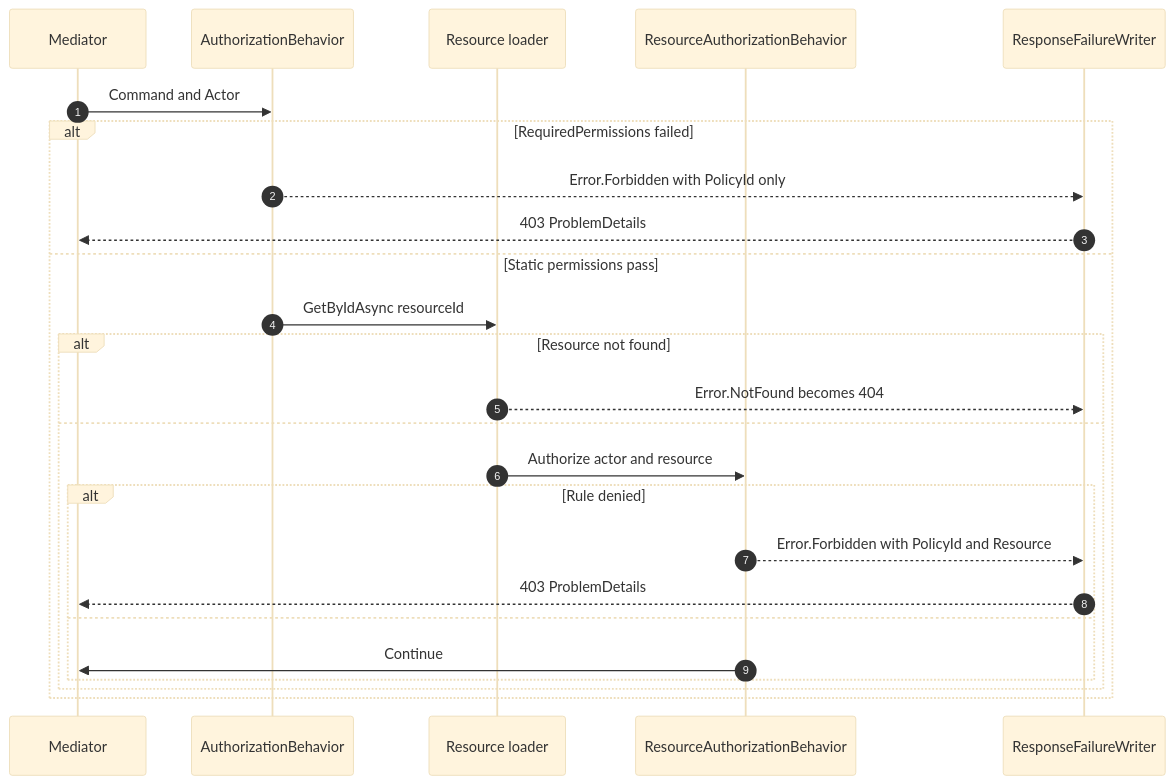
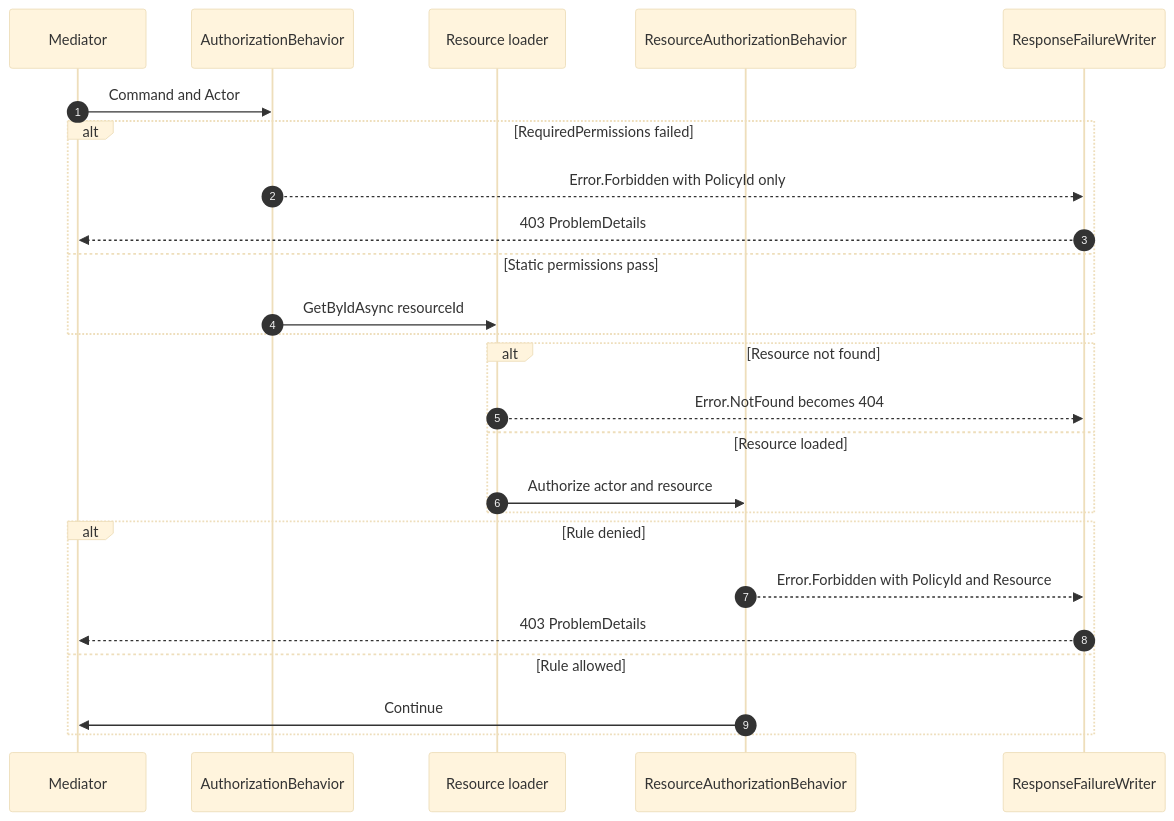
The fourth of 7 diagrams in docs/docfx_project/articles/integration-asp-authorization.md (xavierjohn/FunctionalDDD), drawn with Mermaid (base theme) before and after one commit.

Commit message:
Flatten Anatomy-of-403 nested alt blocks to 2 levels (consistency with end-to-end)
Code review caught the 3-level nested alt I missed in the end-to-end flatten pass. publish-docs is currently green so docfx renders it OK, but matching the end-to-end's linear shape is clearer to read and more robust across Mermaid renderer versions.

````diff
--- a/docs/docfx_project/articles/integration-asp-authorization.md
+++ b/docs/docfx_project/articles/integration-asp-authorization.md
@@ -127,28 +127,31 @@
 ```mermaid
 sequenceDiagram
     autonumber
     participant Mediator
     participant Auth as AuthorizationBehavior
     participant Loader as Resource loader
     participant ResAuth as ResourceAuthorizationBehavior
     participant Writer as ResponseFailureWriter
 
     Mediator->>Auth: Command and Actor
+
     alt RequiredPermissions failed
         Auth-->>Writer: Error.Forbidden with PolicyId only
         Writer-->>Mediator: 403 ProblemDetails
     else Static permissions pass
         Auth->>Loader: GetByIdAsync resourceId
-        alt Resource not found
-            Loader-->>Writer: Error.NotFound becomes 404
-        else
-            Loader->>ResAuth: Authorize actor and resource
-            alt Rule denied
-                ResAuth-->>Writer: Error.Forbidden with PolicyId and Resource
-                Writer-->>Mediator: 403 ProblemDetails
-            else
-                ResAuth->>Mediator: Continue
-            end
-        end
+    end
+
+    alt Resource not found
+        Loader-->>Writer: Error.NotFound becomes 404
+    else Resource loaded
+        Loader->>ResAuth: Authorize actor and resource
+    end
+
+    alt Rule denied
+        ResAuth-->>Writer: Error.Forbidden with PolicyId and Resource
+        Writer-->>Mediator: 403 ProblemDetails
+    else Rule allowed
+        ResAuth->>Mediator: Continue
     end
 ```
````
